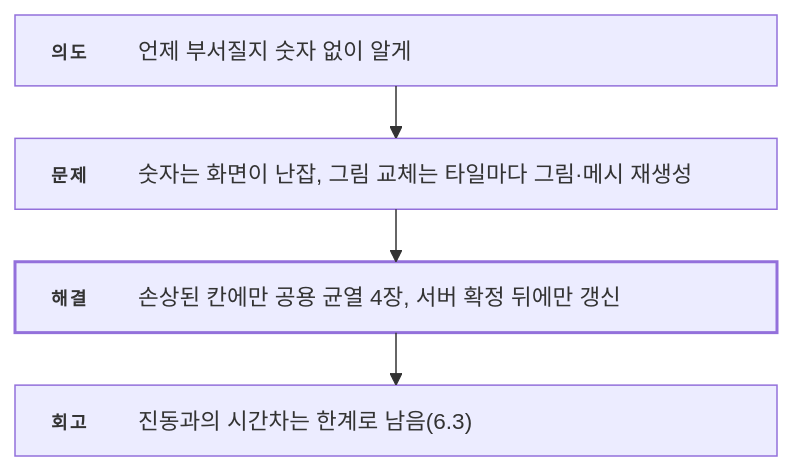
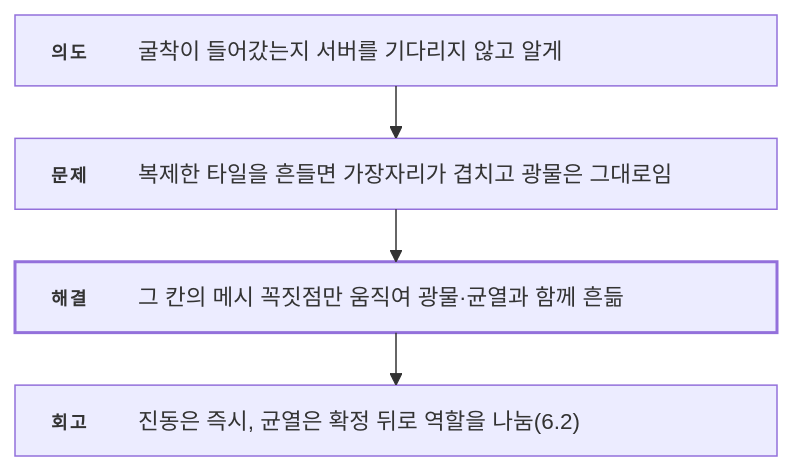
Before and after one commit to ashadeveloperr/ashadeveloperr.github.io: the eighth of 9 diagrams in src/1-folk-sack/기술문서.md, drawn with Mermaid. The commit also changed other lines of this file and 6 other files, not shown here.

````diff
--- a/src/1-folk-sack/기술문서.md
+++ b/src/1-folk-sack/기술문서.md
@@ -478,18 +502,18 @@
 ```mermaid
 ---
 config:
   layout: elk
   flowchart:
     wrappingWidth: 520
     padding: 12
 ---
 flowchart TB
   %% feature-flow — _local/flow-diagrams.py가 만듦
-  I["<div style='width:460px;display:flex;gap:14px;align-items:baseline;text-align:left;white-space:normal'><span style='flex:0 0 44px;padding-top:2px;font-size:12px;font-weight:700;letter-spacing:.12em;color:var(--accent-ink)'>의도</span><span style='flex:1;font-size:15px;line-height:1.55;color:var(--ink)'>언제 부서질지 숫자 없이 알게</span></div>"]
-  P["<div style='width:460px;display:flex;gap:14px;align-items:baseline;text-align:left;white-space:normal'><span style='flex:0 0 44px;padding-top:2px;font-size:12px;font-weight:700;letter-spacing:.12em;color:var(--accent-ink)'>문제</span><span style='flex:1;font-size:15px;line-height:1.55;color:var(--ink)'>숫자는 화면이 난잡, 그림 교체는 타일마다 그림·메시 재생성</span></div>"]
-  S["<div style='width:460px;display:flex;gap:14px;align-items:baseline;text-align:left;white-space:normal'><span style='flex:0 0 44px;padding-top:2px;font-size:12px;font-weight:700;letter-spacing:.12em;color:var(--accent-ink)'>해결</span><span style='flex:1;font-size:15px;line-height:1.55;color:var(--ink)'>손상된 칸에만 공용 균열 4장, 서버 확정 뒤에만 갱신</span></div>"]
-  R["<div style='width:460px;display:flex;gap:14px;align-items:baseline;text-align:left;white-space:normal'><span style='flex:0 0 44px;padding-top:2px;font-size:12px;font-weight:700;letter-spacing:.12em;color:var(--accent-ink)'>회고</span><span style='flex:1;font-size:15px;line-height:1.55;color:var(--ink)'>진동과의 시간차는 한계로 남음(6.3)</span></div>"]
+  I["<div style='width:460px;display:flex;gap:14px;align-items:baseline;text-align:left;white-space:normal'><span style='flex:0 0 44px;padding-top:2px;font-size:12px;font-weight:700;letter-spacing:.12em;color:var(--accent-ink)'>의도</span><span style='flex:1;font-size:15px;line-height:1.55;color:var(--ink)'>굴착이 들어갔는지 서버를 기다리지 않고 알게</span></div>"]
+  P["<div style='width:460px;display:flex;gap:14px;align-items:baseline;text-align:left;white-space:normal'><span style='flex:0 0 44px;padding-top:2px;font-size:12px;font-weight:700;letter-spacing:.12em;color:var(--accent-ink)'>문제</span><span style='flex:1;font-size:15px;line-height:1.55;color:var(--ink)'>복제한 타일을 흔들면 가장자리가 겹치고 광물은 그대로임</span></div>"]
+  S["<div style='width:460px;display:flex;gap:14px;align-items:baseline;text-align:left;white-space:normal'><span style='flex:0 0 44px;padding-top:2px;font-size:12px;font-weight:700;letter-spacing:.12em;color:var(--accent-ink)'>해결</span><span style='flex:1;font-size:15px;line-height:1.55;color:var(--ink)'>그 칸의 메시 꼭짓점만 움직여 광물·균열과 함께 흔듦</span></div>"]
+  R["<div style='width:460px;display:flex;gap:14px;align-items:baseline;text-align:left;white-space:normal'><span style='flex:0 0 44px;padding-top:2px;font-size:12px;font-weight:700;letter-spacing:.12em;color:var(--accent-ink)'>회고</span><span style='flex:1;font-size:15px;line-height:1.55;color:var(--ink)'>진동은 즉시, 균열은 확정 뒤로 역할을 나눔(6.2)</span></div>"]
   I --> P --> S --> R
   classDef key stroke-width:2px
   class S key
 ```
````
